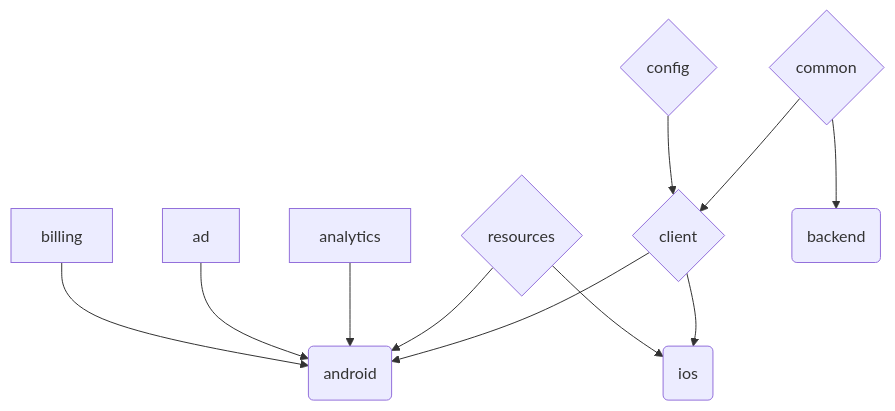
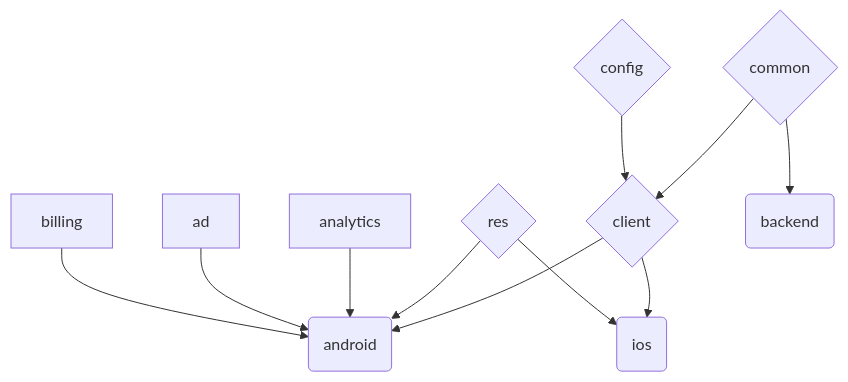
Before and after one commit to Oztechan/CCC: the first of 2 diagrams in README.md, drawn with Mermaid. The commit also changed 2 other files, not shown here.

Commit message:
[#871] rename resources to res

````diff
--- a/README.md
+++ b/README.md
@@ -28,24 +28,24 @@
 ```mermaid
 graph TD;
 
 billing-->android
 
 ad-->android
 
 analytics-->android
 
-resources{resources}-->android
-resources-->ios
+res{res}-->android
+res-->ios
 
 client{client}-->android
 client-->ios
 
 config{config}-->client
 
 common{common}-->client
 common-->backend
 
 android(android)
 ios(ios)
 backend(backend)
 ```
````
